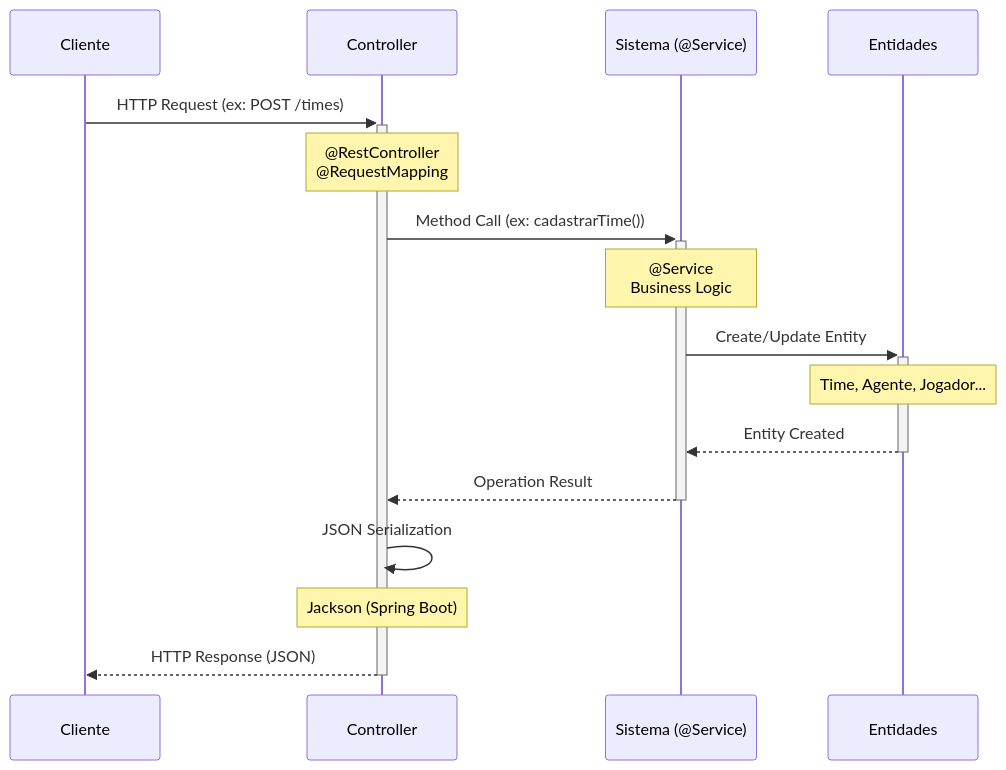
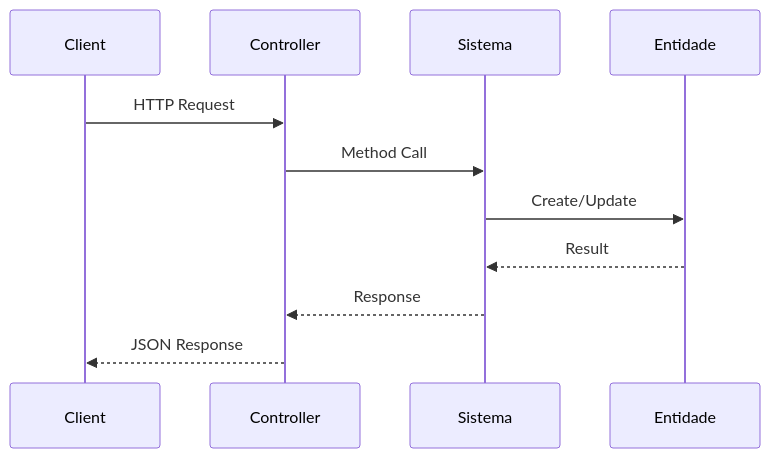
Before and after one commit to joaopfgomes/Trabalho-LP2: the third of 3 diagrams in README.md, drawn with Mermaid. The commit also changed other lines of this file and 2 other files, not shown here.

Commit message:
Atualiza diagramas no README.md e adiciona arquivos de teste para diagramas Mermaid

````diff
--- a/README.md
+++ b/README.md
@@ -214,25 +82,14 @@
-::: mermaid
-
-    sequenceDiagram
-        participant Client as Cliente
-        participant Controller as Controller
-        participant Service as Sistema (@Service)
-        participant Domain as Entidades
-        
-        Client->>+Controller: HTTP Request (ex: POST /times)
-        Note over Controller: @RestController<br/>@RequestMapping
-        
-        Controller->>+Service: Method Call (ex: cadastrarTime())
-        Note over Service: @Service<br/>Business Logic
-        
-        Service->>+Domain: Create/Update Entity
-        Note over Domain: Time, Agente, Jogador...
-        
-        Domain-->>-Service: Entity Created
-        Service-->>-Controller: Operation Result
-        
-        Controller->>Controller: JSON Serialization
-        Note over Controller: Jackson (Spring Boot)
-        
-        Controller-->>-Client: HTTP Response (JSON)
-:::
+```mermaid
+sequenceDiagram
+    participant Client
+    participant Controller
+    participant Sistema
+    participant Entidade
+    
+    Client->>Controller: HTTP Request
+    Controller->>Sistema: Method Call
+    Sistema->>Entidade: Create/Update
+    Entidade-->>Sistema: Result
+    Sistema-->>Controller: Response
+    Controller-->>Client: JSON Response
+```
````
